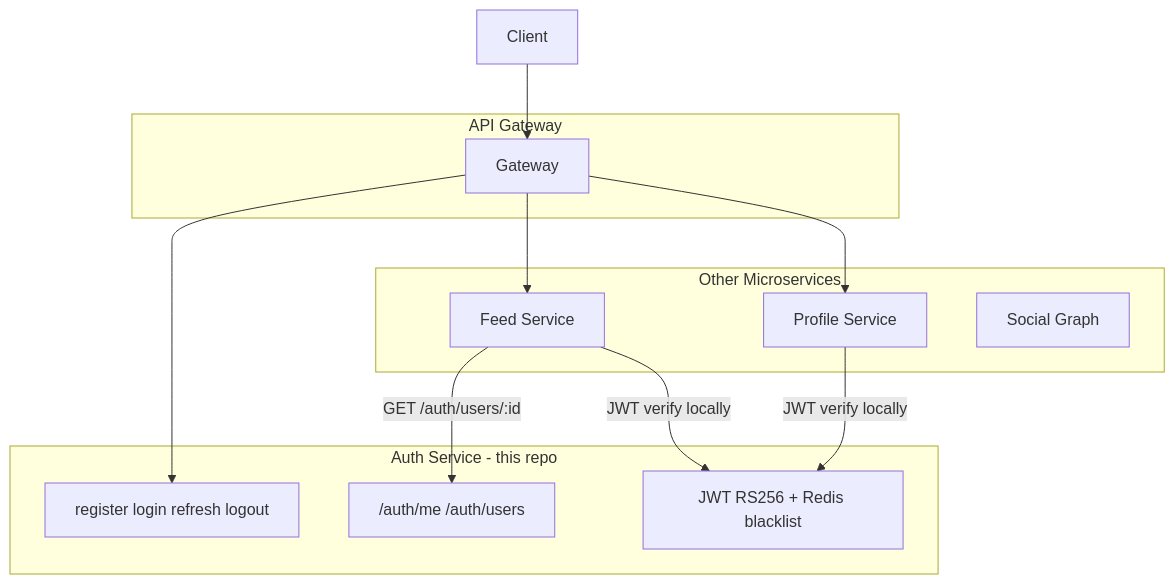
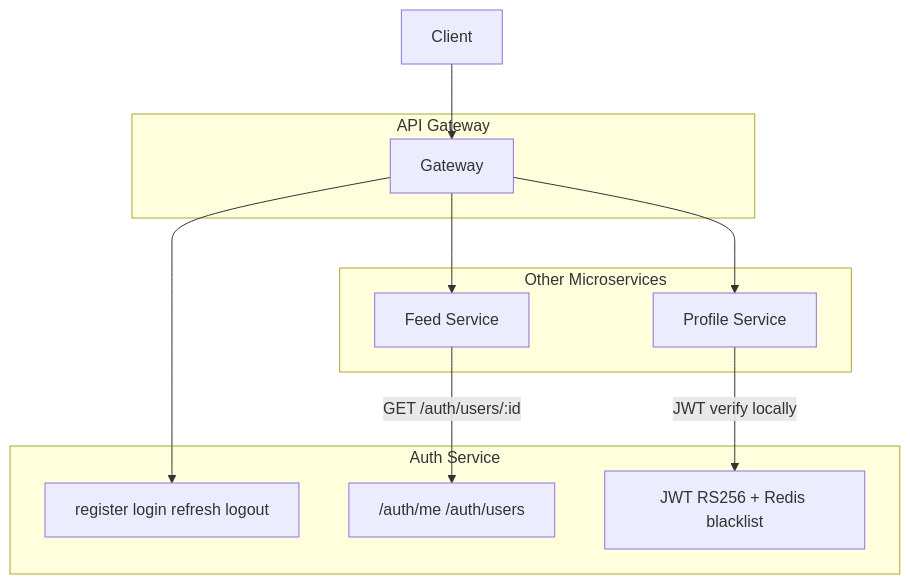
Before and after one commit to siva2602/api-rednote-microservices: the second of 2 diagrams in README.md, drawn with Mermaid. The commit also changed other lines of this file and 8 other files, not shown here.

````diff
--- a/README.md
+++ b/README.md
@@ -226,23 +330,21 @@
 ```mermaid
 flowchart TB
   subgraph gateway [API Gateway]
     GW[Gateway]
   end
-  subgraph auth_svc [Auth Service - this repo]
+  subgraph auth_svc [Auth Service]
     AuthAPI[register login refresh logout]
     UserAPI["/auth/me /auth/users"]
     JWT[JWT RS256 + Redis blacklist]
   end
   subgraph other [Other Microservices]
     Profile[Profile Service]
     Feed[Feed Service]
-    Social[Social Graph]
   end
   Client --> GW
   GW --> AuthAPI
   GW --> Profile
   GW --> Feed
   Profile -->|"JWT verify locally"| JWT
   Feed -->|"GET /auth/users/:id"| UserAPI
-  Feed -->|"JWT verify locally"| JWT
 ```
````
